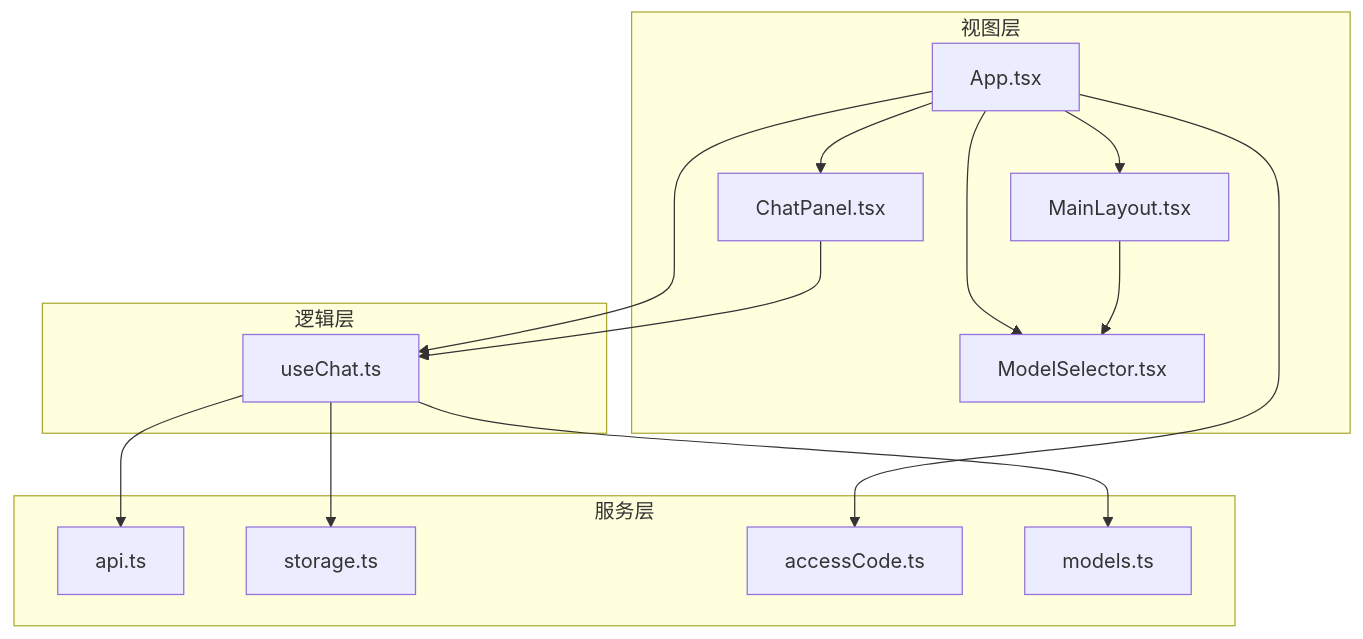
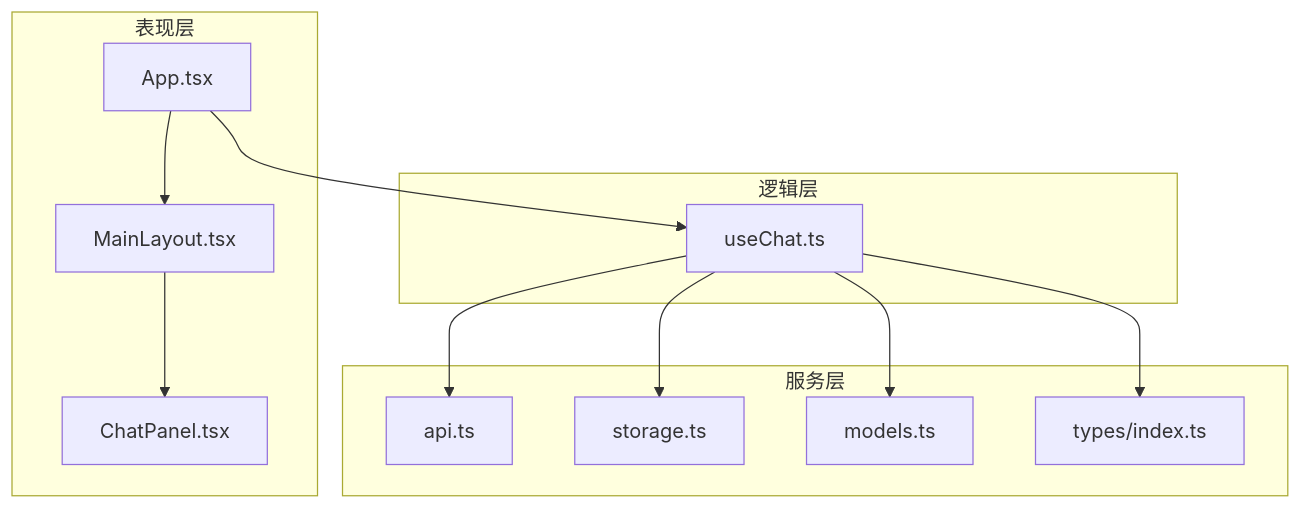
The second of 7 diagrams in .qoder/repowiki/zh/content/架构设计/整体架构概览.md (billye220670/AIShop), drawn with Mermaid before and after one commit. The commit also changed other lines of this file and 135 other files, not shown here.

````diff
--- a/.qoder/repowiki/zh/content/架构设计/整体架构概览.md
+++ b/.qoder/repowiki/zh/content/架构设计/整体架构概览.md
@@ -133,28 +95,24 @@
 ```mermaid
 graph TB
-subgraph "视图层"
-A1["App.tsx"]
-A2["MainLayout.tsx"]
-A3["ChatPanel.tsx"]
-A4["ModelSelector.tsx"]
+subgraph "表现层"
+UI_App["App.tsx"]
+UI_Layout["MainLayout.tsx"]
+UI_Chat["ChatPanel.tsx"]
 end
 subgraph "逻辑层"
-B1["useChat.ts"]
+Hook_Chat["useChat.ts"]
 end
 subgraph "服务层"
-C1["api.ts"]
-C2["storage.ts"]
-C3["accessCode.ts"]
-C4["models.ts"]
+Svc_API["api.ts"]
+Svc_Store["storage.ts"]
+Svc_Models["models.ts"]
+Svc_Types["types/index.ts"]
 end
-A1 --> A2
-A1 --> A3
-A1 --> A4
-A1 --> B1
-A2 --> A4
-A3 --> B1
-B1 --> C1
-B1 --> C2
-B1 --> C4
-A1 --> C3
+UI_App --> UI_Layout
+UI_Layout --> UI_Chat
+UI_App --> Hook_Chat
+Hook_Chat --> Svc_API
+Hook_Chat --> Svc_Store
+Hook_Chat --> Svc_Models
+Hook_Chat --> Svc_Types
 ```
````
